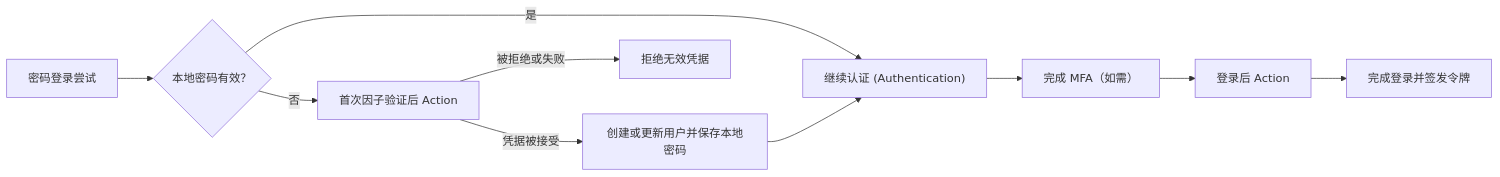
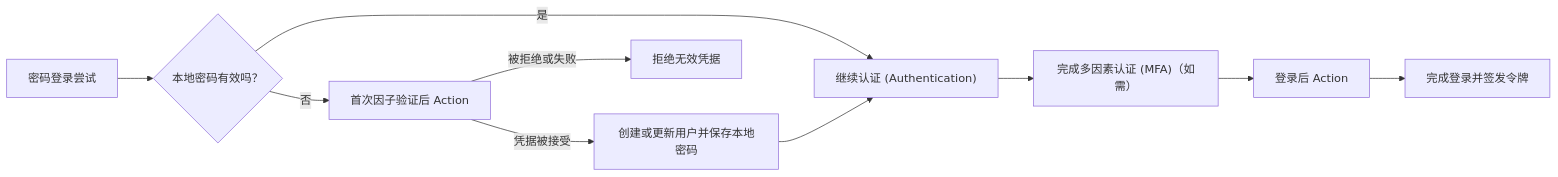
One commit to logto-io/docs changed the diagram in i18n/zh-CN/docusaurus-plugin-content-docs/current/developers/actions/README.mdx. Above: the diagram before and after it, drawn with Mermaid. The commit also changed other lines of this file and 17 other files, not shown here.

````diff
--- a/i18n/zh-CN/docusaurus-plugin-content-docs/current/developers/actions/README.mdx
+++ b/i18n/zh-CN/docusaurus-plugin-content-docs/current/developers/actions/README.mdx
@@ -29,12 +29,12 @@
 ```mermaid
 flowchart LR
-  A["密码登录尝试"] --> B{"本地密码有效？"}
+  A["密码登录尝试"] --> B{"本地密码有效吗？"}
   B -->|"是"| E["继续认证 (Authentication)"]
   B -->|"否"| C["首次因子验证后 Action"]
   C -->|"凭据被接受"| D["创建或更新用户并保存本地密码"]
   C -->|"被拒绝或失败"| X["拒绝无效凭据"]
   D --> E
-  E --> F["完成 MFA（如需）"]
+  E --> F["完成多因素认证 (MFA)（如需）"]
   F --> G["登录后 Action"]
   G --> H["完成登录并签发令牌"]
 ```
````
